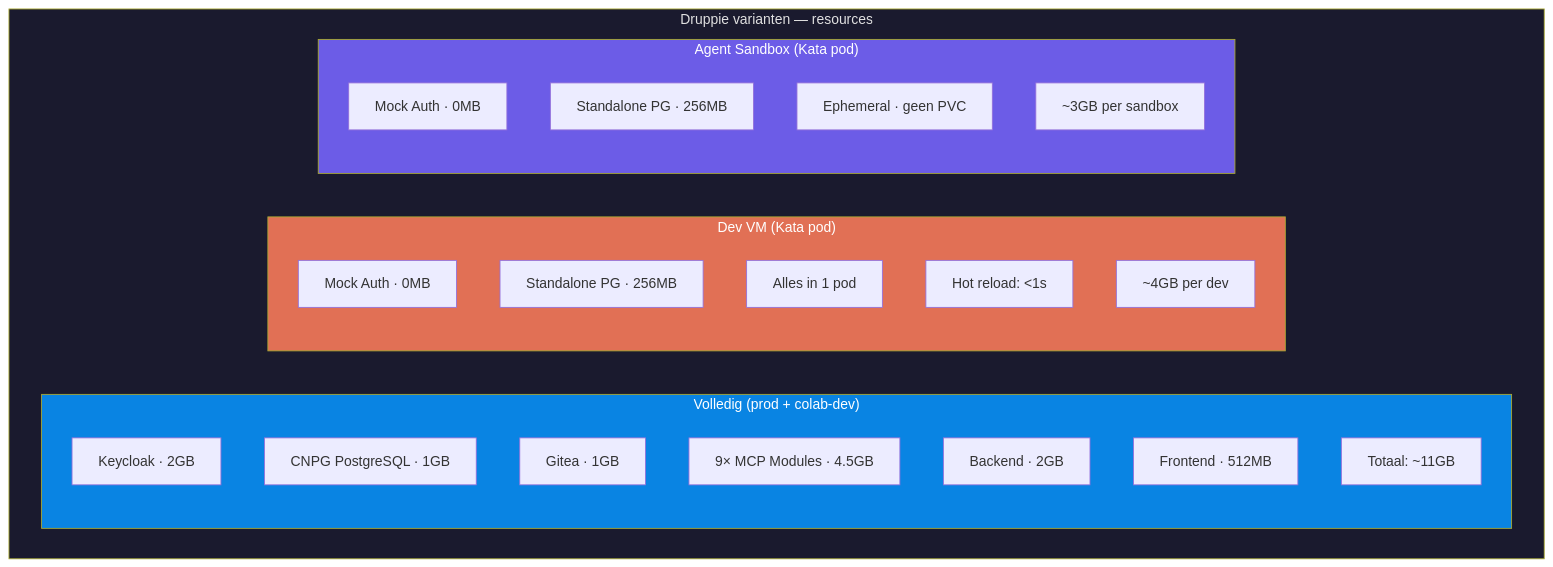
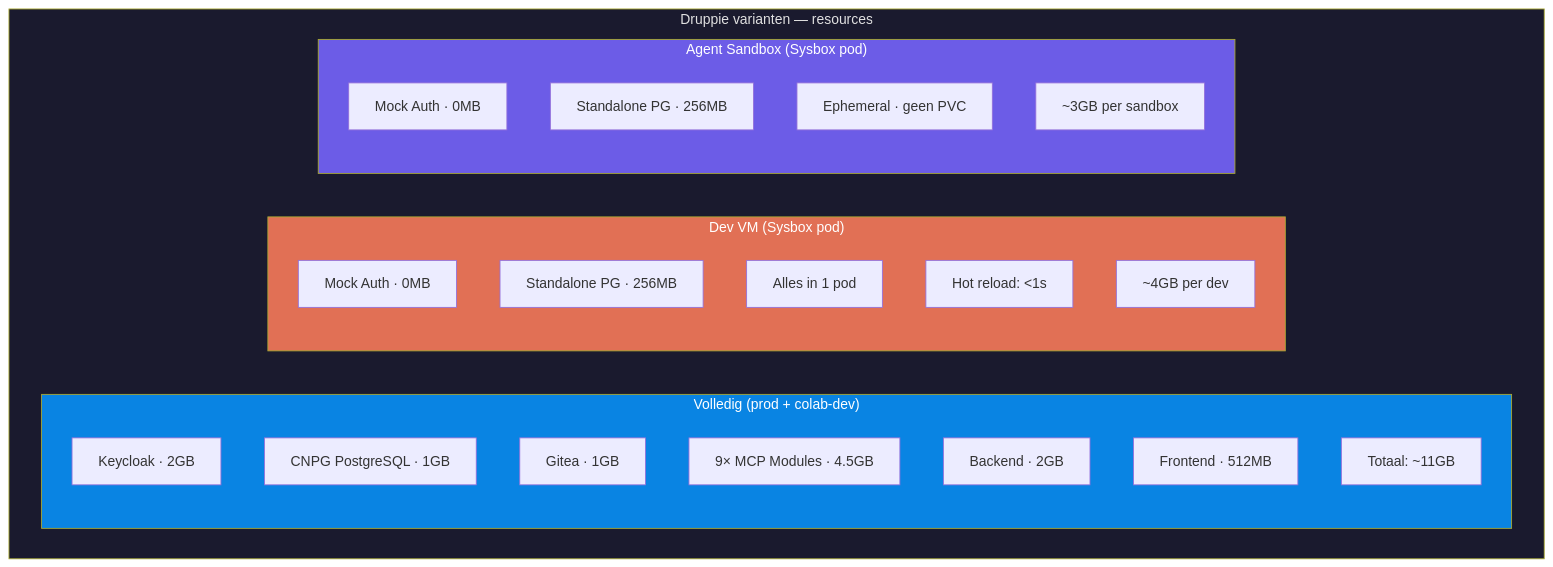
Diagram 12 of 12 in docs/dev-environment-architecture.md (nuno-git/druppie-fork), drawn with Mermaid before and after one commit. The commit also changed other lines of this file and 1 other file, not shown here.

First line of the commit message:
docs(dev-env): correct runtime to sysbox, document Kasm research

````diff
--- a/docs/dev-environment-architecture.md
+++ b/docs/dev-environment-architecture.md
@@ -830,36 +830,36 @@
 ```mermaid
 flowchart TB
     subgraph Variants["Druppie varianten — resources"]
         direction LR
 
         subgraph Full["Volledig (prod + colab-dev)"]
             F_KC["Keycloak · 2GB"]
             F_PG["CNPG PostgreSQL · 1GB"]
             F_GITEA["Gitea · 1GB"]
             F_MCP["9× MCP Modules · 4.5GB"]
             F_BE2["Backend · 2GB"]
             F_FE2["Frontend · 512MB"]
             F_TOTAL["Totaal: ~11GB"]
         end
 
-        subgraph Dev["Dev VM (Kata pod)"]
+        subgraph Dev["Dev VM (Sysbox pod)"]
             D_AUTH["Mock Auth · 0MB"]
             D_PG["Standalone PG · 256MB"]
             D_ALL["Alles in 1 pod"]
             D_HOT["Hot reload: <1s"]
             D_TOTAL["~4GB per dev"]
         end
 
-        subgraph Sandbox["Agent Sandbox (Kata pod)"]
+        subgraph Sandbox["Agent Sandbox (Sysbox pod)"]
             A_AUTH["Mock Auth · 0MB"]
             A_PG["Standalone PG · 256MB"]
             A_EPHEMERAL["Ephemeral · geen PVC"]
             A_TOTAL["~3GB per sandbox"]
         end
     end
 
     style Variants fill:#1a1a2e,color:#e0e0e0
     style Full fill:#0984e3,color:#ffffff
     style Dev fill:#e17055,color:#ffffff
     style Sandbox fill:#6c5ce7,color:#ffffff
 ```
````
